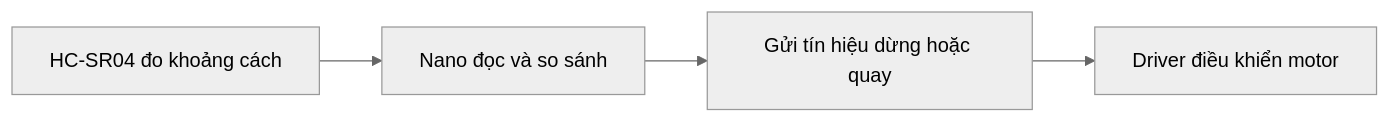
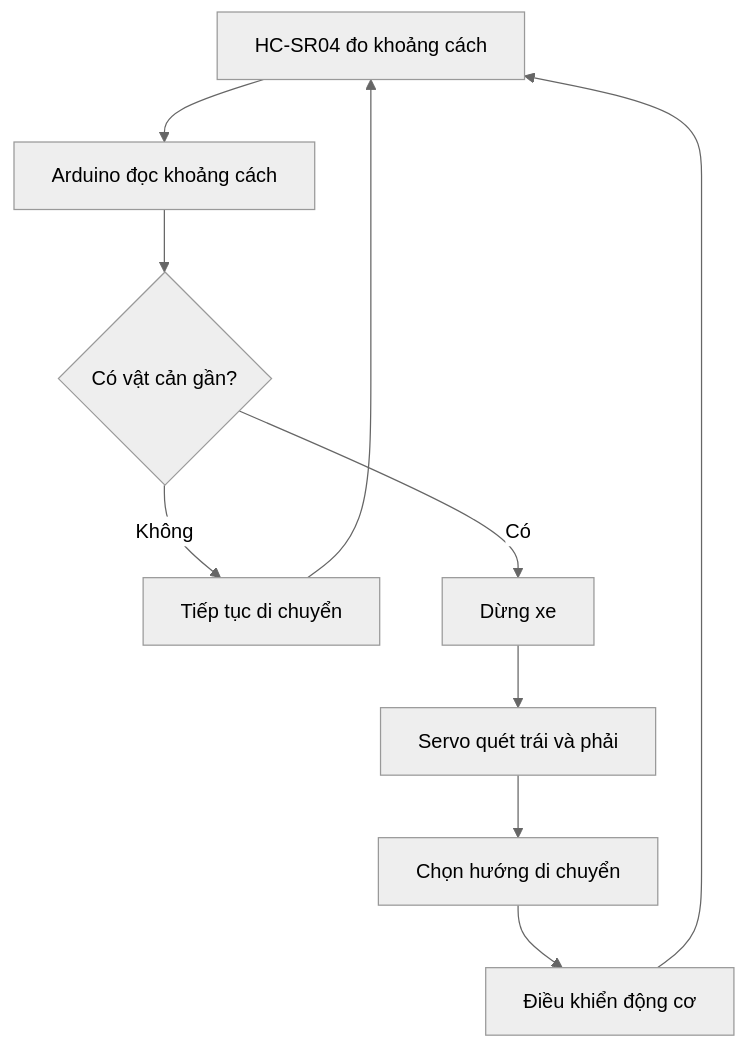
One commit to robovisVN/robovis-manual changed the second of 2 diagrams in docs/robot-arduino/01-gioi-thieu.md. Above: the diagram before and after it, drawn with Mermaid (neutral theme). The commit also changed other lines of this file, not shown here.

Commit message:
Update Arduino

````diff
--- a/docs/robot-arduino/01-gioi-thieu.md
+++ b/docs/robot-arduino/01-gioi-thieu.md
@@ -56,6 +271,21 @@
 ```mermaid
-flowchart LR
-    A[HC-SR04 đo khoảng cách] --> B[Nano đọc và so sánh]
-    B --> C[Gửi tín hiệu dừng hoặc quay]
-    C --> D[Driver điều khiển motor]
+flowchart TD
+    A[HC-SR04 đo khoảng cách]
+    B[Arduino đọc khoảng cách]
+    C{Có vật cản gần?}
+    D[Tiếp tục di chuyển]
+    E[Dừng xe]
+    F[Servo quét trái và phải]
+    G[Chọn hướng di chuyển]
+    H[Điều khiển động cơ]
+
+    A --> B
+    B --> C
+    C -->|Không| D
+    C -->|Có| E
+    E --> F
+    F --> G
+    G --> H
+    H --> A
+    D --> A
 ```
````
